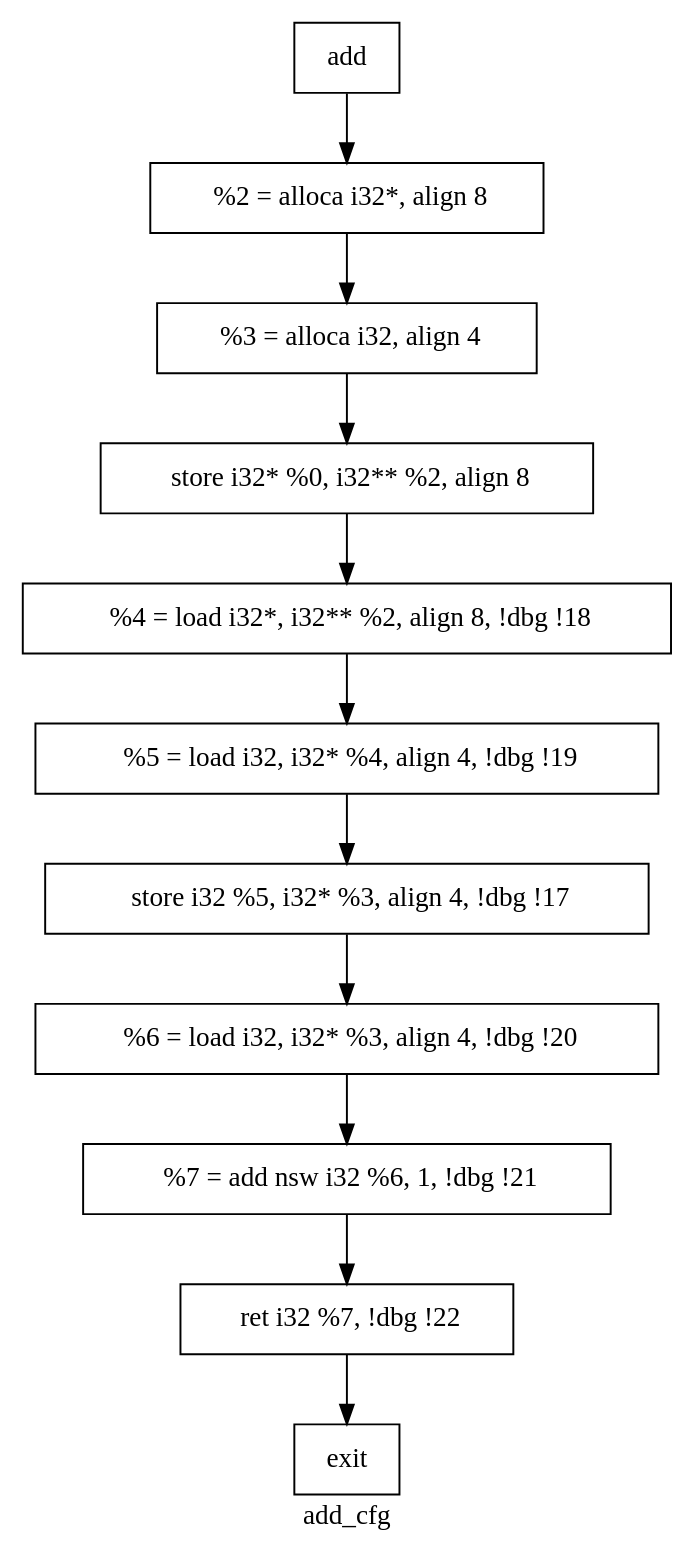
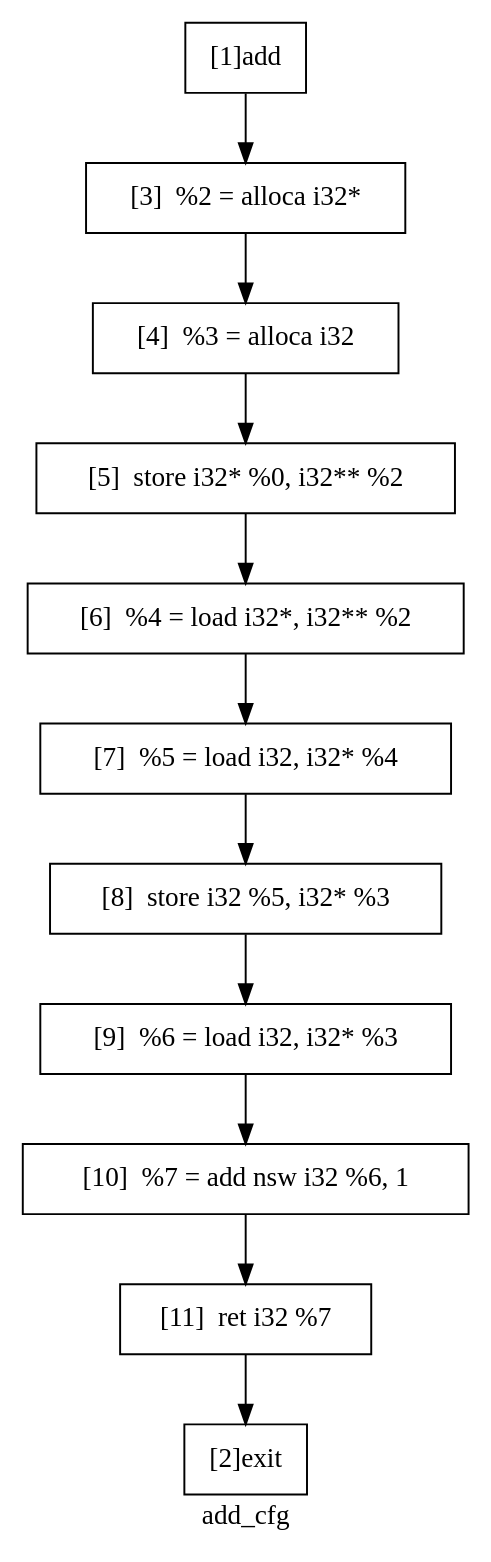
One commit to Mike-Wilson22/Program-Analysis changed the diagram in pa_template/benchmark/bench6/add_cfg.dot. Above: the diagram before and after it, drawn with Graphviz. The commit also changed 149 other files, not shown here.

```diff
--- a/pa_template/benchmark/bench6/add_cfg.dot
+++ b/pa_template/benchmark/bench6/add_cfg.dot
@@ -1,30 +1,30 @@
 digraph "add_cfg"{
 	label="add_cfg";
 
 
 	// Define the nodes
-	N1 [shape=rectangle, color=black,label="add"];
-	N2 [shape=rectangle, color=black,label="exit"];
-	N3 [shape=rectangle, color=black,label="  %2 = alloca i32*, align 8"];
-	N4 [shape=rectangle, color=black,label="  %3 = alloca i32, align 4"];
-	N5 [shape=rectangle, color=black,label="  store i32* %0, i32** %2, align 8"];
-	N6 [shape=rectangle, color=black,label="  %4 = load i32*, i32** %2, align 8, !dbg !18"];
-	N7 [shape=rectangle, color=black,label="  %5 = load i32, i32* %4, align 4, !dbg !19"];
-	N8 [shape=rectangle, color=black,label="  store i32 %5, i32* %3, align 4, !dbg !17"];
-	N9 [shape=rectangle, color=black,label="  %6 = load i32, i32* %3, align 4, !dbg !20"];
-	N10 [shape=rectangle, color=black,label="  %7 = add nsw i32 %6, 1, !dbg !21"];
-	N11 [shape=rectangle, color=black,label="  ret i32 %7, !dbg !22"];
+	N1 [shape=rectangle, color=black,label="[1]add"];
+	N2 [shape=rectangle, color=black,label="[2]exit"];
+	N3 [shape=rectangle, color=black,label="[3]  %2 = alloca i32*"];
+	N4 [shape=rectangle, color=black,label="[4]  %3 = alloca i32"];
+	N5 [shape=rectangle, color=black,label="[5]  store i32* %0, i32** %2"];
+	N6 [shape=rectangle, color=black,label="[6]  %4 = load i32*, i32** %2"];
+	N7 [shape=rectangle, color=black,label="[7]  %5 = load i32, i32* %4"];
+	N8 [shape=rectangle, color=black,label="[8]  store i32 %5, i32* %3"];
+	N9 [shape=rectangle, color=black,label="[9]  %6 = load i32, i32* %3"];
+	N10 [shape=rectangle, color=black,label="[10]  %7 = add nsw i32 %6, 1"];
+	N11 [shape=rectangle, color=black,label="[11]  ret i32 %7"];
 
 
 	// Define the edges
 	N1 -> N3[color=black,label=""];
 	N3 -> N4[color=black,label=""];
 	N4 -> N5[color=black,label=""];
 	N5 -> N6[color=black,label=""];
 	N6 -> N7[color=black,label=""];
 	N7 -> N8[color=black,label=""];
 	N8 -> N9[color=black,label=""];
 	N9 -> N10[color=black,label=""];
 	N10 -> N11[color=black,label=""];
 	N11 -> N2[color=black,label=""];
 }
```
